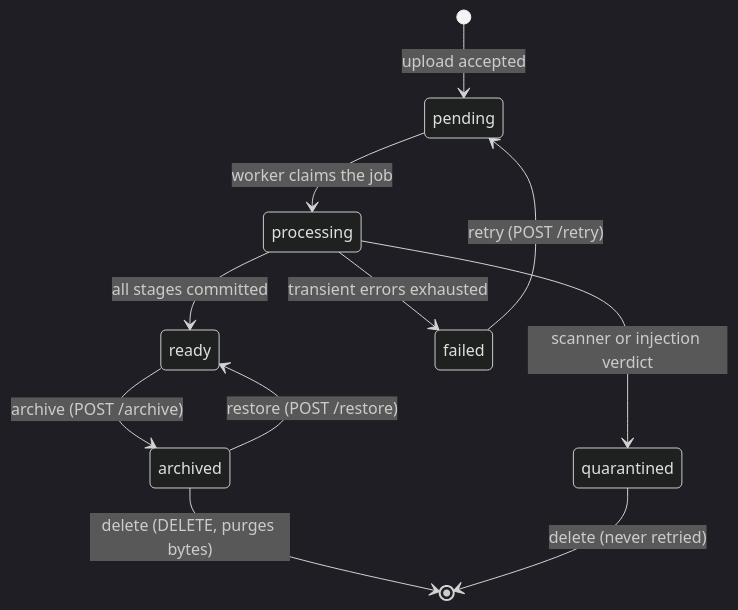
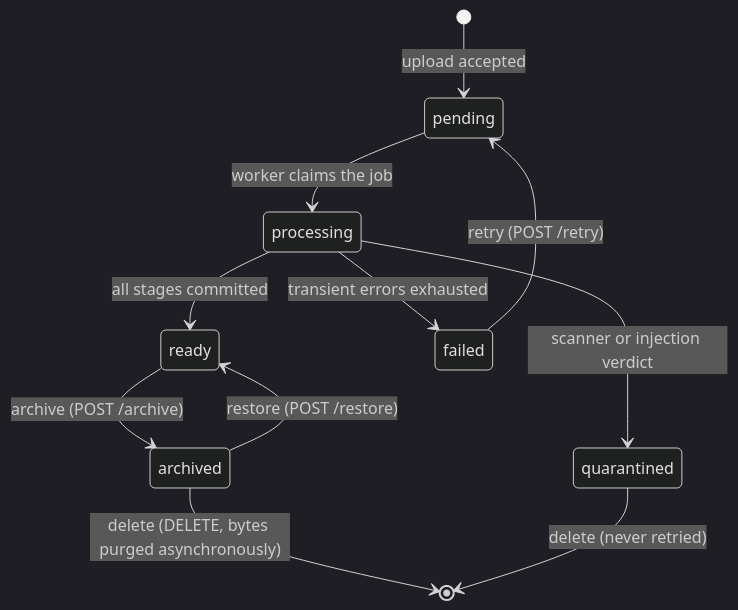
The second of 2 diagrams in docs/ARCHITECTURE.md (imthi16/attest-guardian), drawn with Mermaid (dark theme) before and after one commit. The commit also changed other lines of this file and 33 other files, not shown here.

````diff
--- a/docs/ARCHITECTURE.md
+++ b/docs/ARCHITECTURE.md
@@ -276,13 +276,13 @@
 ```mermaid
 stateDiagram-v2
   [*] --> pending: upload accepted
   pending --> processing: worker claims the job
   processing --> ready: all stages committed
   processing --> failed: transient errors exhausted
   processing --> quarantined: scanner or injection verdict
   failed --> pending: retry (POST /retry)
   ready --> archived: archive (POST /archive)
   archived --> ready: restore (POST /restore)
-  archived --> [*]: delete (DELETE, purges bytes)
+  archived --> [*]: delete (DELETE, bytes purged asynchronously)
   quarantined --> [*]: delete (never retried)
 ```
````
